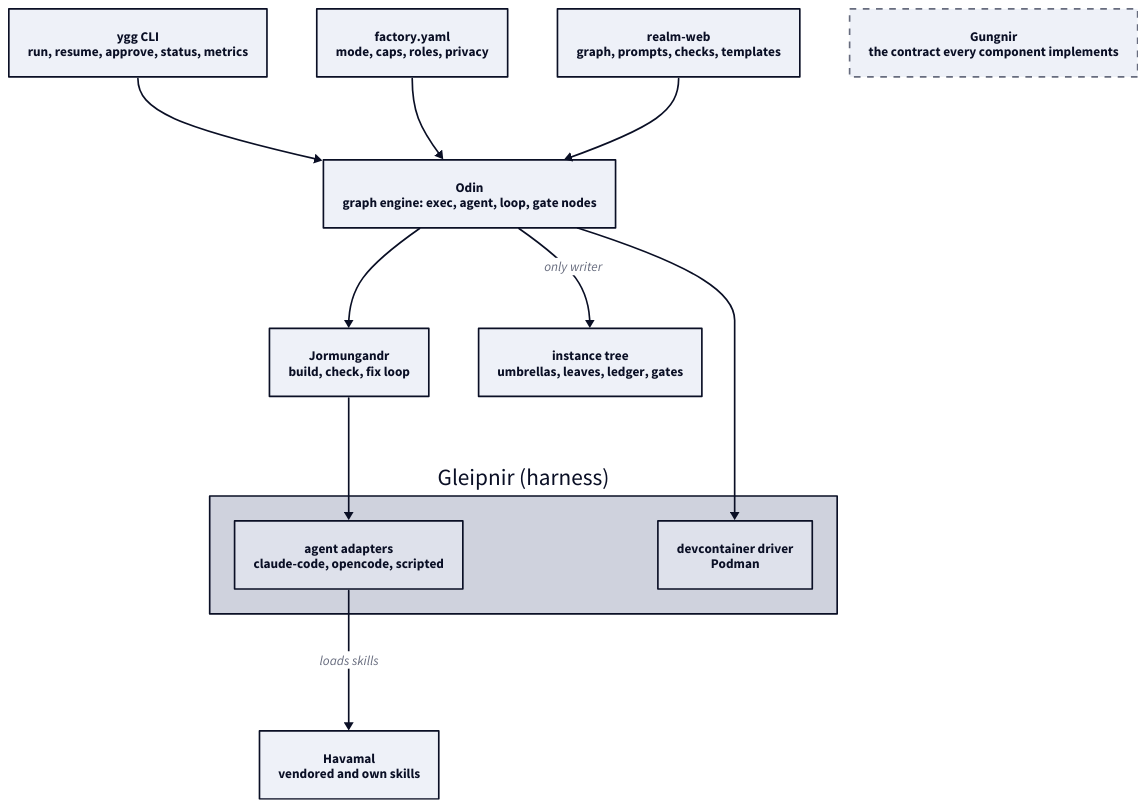
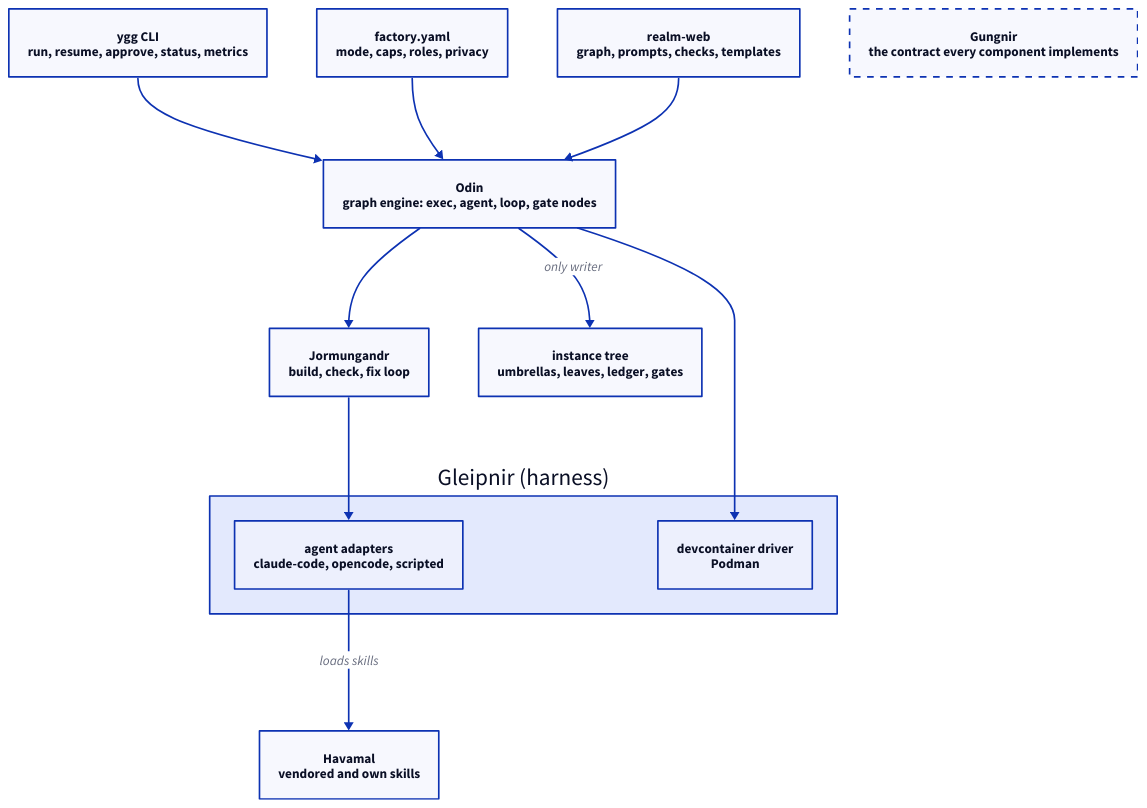
One commit to ouroboric-dev/yggdrasil changed the diagram in docs/assets/diagrams/architecture.d2. Above: the diagram before and after it, drawn with D2. The commit also changed 24 other files, not shown here.

First line of the commit message:
docs(diagrams): token palette and Inter, light and dark renders (#2)

```diff
--- a/docs/assets/diagrams/architecture.d2
+++ b/docs/assets/diagrams/architecture.d2
@@ -1,26 +1,21 @@
-vars: {
-  d2-config: {
-    theme-id: 1
-  }
-}
 direction: down
 cli: "ygg CLI\nrun, resume, approve, status, metrics"
 config: "factory.yaml\nmode, caps, roles, privacy"
 realm: "realm-web\ngraph, prompts, checks, templates"
 odin: "Odin\ngraph engine: exec, agent, loop, gate nodes"
 jorm: "Jormungandr\nbuild, check, fix loop"
 gleipnir: "Gleipnir (harness)" {
   agents: "agent adapters\nclaude-code, opencode, scripted"
   sandbox: "devcontainer driver\nPodman"
 }
 havamal: "Havamal\nvendored and own skills"
 tree: "instance tree\numbrellas, leaves, ledger, gates"
 gungnir: "Gungnir\nthe contract every component implements" {style.stroke-dash: 4}
 cli -> odin
 config -> odin
 realm -> odin
 odin -> jorm
 jorm -> gleipnir.agents
 odin -> gleipnir.sandbox
 gleipnir.agents -> havamal: "loads skills"
 odin -> tree: "only writer"
```
